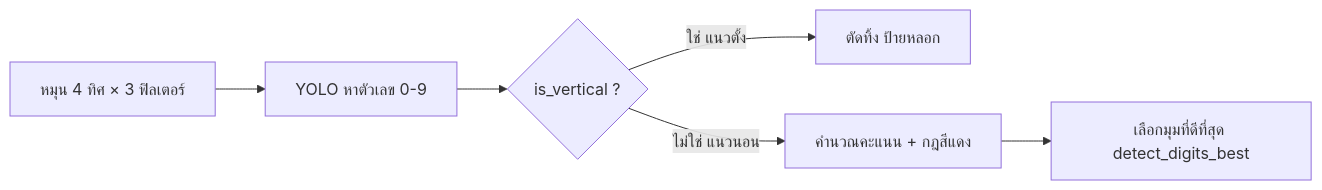
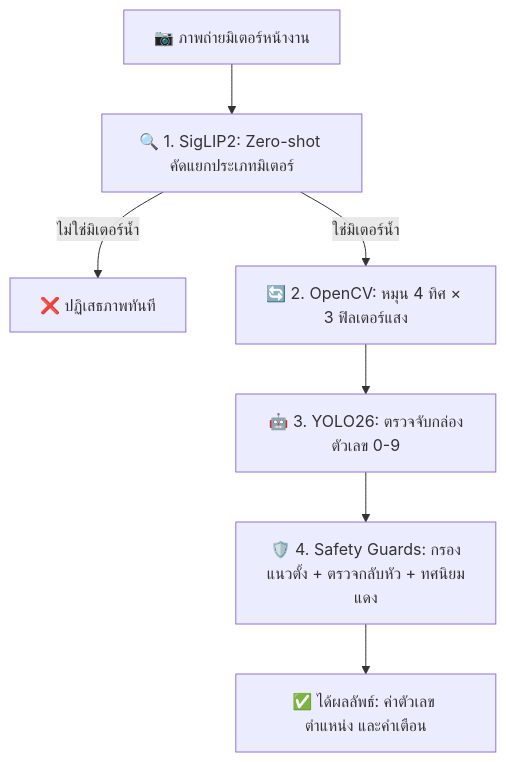
Before and after one commit to jirathxz/meter-reader: the diagram in TUTORIAL.md, drawn with Mermaid. The commit also changed other lines of this file, not shown here.

Commit message:
Update TUTORIAL.md: complete 2-chapter Guidebook based on C:\_Work\Guidebook\docs standard with modern v1.1 functional architecture

````diff
--- a/TUTORIAL.md
+++ b/TUTORIAL.md
@@ -267,8 +48,9 @@
 ```mermaid
-flowchart LR
-    A[หมุน 4 ทิศ × 3 ฟิลเตอร์] --> B[YOLO หาตัวเลข 0-9]
-    B --> C{is_vertical ?}
-    C -->|ใช่ แนวตั้ง| D[ตัดทิ้ง ป้ายหลอก]
-    C -->|ไม่ใช่ แนวนอน| E[คำนวณคะแนน + กฎสีแดง]
-    E --> F[เลือกมุมที่ดีที่สุด detect_digits_best]
+flowchart TD
+    A[📷 ภาพถ่ายมิเตอร์หน้างาน] --> B[🔍 1. SigLIP2: Zero-shot คัดแยกประเภทมิเตอร์]
+    B -->|ไม่ใช่มิเตอร์น้ำ| X[❌ ปฏิเสธภาพทันที]
+    B -->|ใช่มิเตอร์น้ำ| C[🔄 2. OpenCV: หมุน 4 ทิศ × 3 ฟิลเตอร์แสง]
+    C --> D[🤖 3. YOLO26: ตรวจจับกล่องตัวเลข 0-9]
+    D --> E[🛡️ 4. Safety Guards: กรองแนวตั้ง + ตรวจกลับหัว + ทศนิยมแดง]
+    E --> F[✅ ได้ผลลัพธ์: ค่าตัวเลข ตำแหน่ง และคำเตือน]
 ```
````
